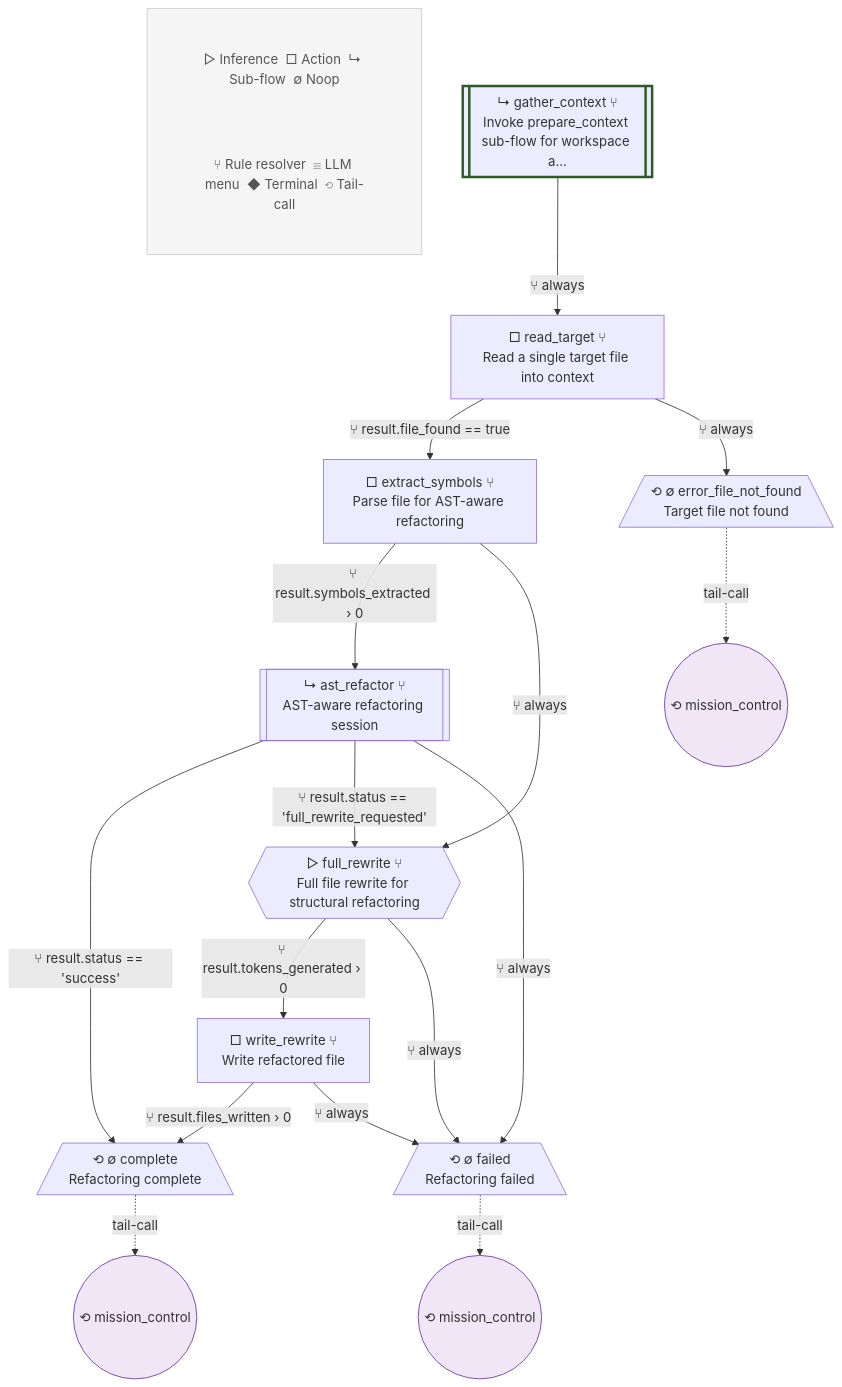
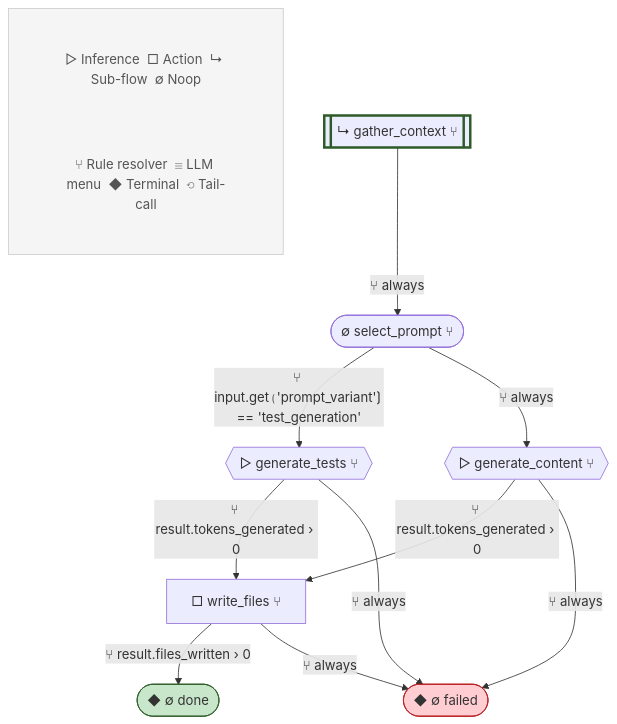
One commit to lah-rb/ouroboros changed diagram 12 of 20 in blueprint.md. Above: the diagram before and after it, drawn with Mermaid. The commit also changed other lines of this file and 207 other files, not shown here.

````diff
--- a/blueprint.md
+++ b/blueprint.md
@@ -907,47 +1008,35 @@
 ```mermaid
 flowchart TD
-    %% refactor v2
+    %% create v1
 
     subgraph Legend[" "]
         L1["▷ Inference  □ Action  ↳ Sub-flow  ∅ Noop"]
         L2["⑂ Rule resolver  ☰ LLM menu  ◆ Terminal  ⟲ Tail-call"]
     end
     style Legend fill:#f5f5f5,stroke:#ccc,stroke-width:1px
     style L1 fill:#f5f5f5,stroke:none,color:#555
     style L2 fill:#f5f5f5,stroke:none,color:#555
 
-    gather_context[["↳ gather_context ⑂\nInvoke prepare_context sub-flow for workspace a..."]]
-    read_target["□ read_target ⑂\nRead a single target file into context"]
-    extract_symbols["□ extract_symbols ⑂\nParse file for AST-aware refactoring"]
-    ast_refactor[["↳ ast_refactor ⑂\nAST-aware refactoring session"]]
-    full_rewrite{{"▷ full_rewrite ⑂\nFull file rewrite for structural refactoring"}}
-    write_rewrite["□ write_rewrite ⑂\nWrite refactored file"]
-    complete[/"⟲ ∅ complete\nRefactoring complete"\]
-    error_file_not_found[/"⟲ ∅ error_file_not_found\nTarget file not found"\]
-    failed[/"⟲ ∅ failed\nRefactoring failed"\]
+    gather_context[["↳ gather_context ⑂"]]
+    select_prompt(["∅ select_prompt ⑂"])
+    generate_content{{"▷ generate_content ⑂"}}
+    generate_tests{{"▷ generate_tests ⑂"}}
+    write_files["□ write_files ⑂"]
+    done(["◆ ∅ done"])
+    failed(["◆ ∅ failed"])
 
     style gather_context stroke-width:3px,stroke:#2d5a27
 
-    gather_context -->|⑂ always| read_target
-    read_target -->|⑂ result.file_found == true| extract_symbols
-    read_target -->|⑂ always| error_file_not_found
-    extract_symbols -->|⑂ result.symbols_extracted › 0| ast_refactor
-    extract_symbols -->|⑂ always| full_rewrite
-    ast_refactor -->|⑂ result.status == 'success'| complete
-    ast_refactor -->|⑂ result.status == 'full_rewrite_requested'| full_rewrite
-    ast_refactor -->|⑂ always| failed
-    full_rewrite -->|⑂ result.tokens_generated › 0| write_rewrite
-    full_rewrite -->|⑂ always| failed
-    write_rewrite -->|⑂ result.files_written › 0| complete
-    write_rewrite -->|⑂ always| failed
-    tc_complete(("⟲ mission_control"))
-    style tc_complete fill:#f0e6f6,stroke:#663399
-    complete -.->|tail-call| tc_complete
-    tc_error_file_not_found(("⟲ mission_control"))
-    style tc_error_file_not_found fill:#f0e6f6,stroke:#663399
-    error_file_not_found -.->|tail-call| tc_error_file_not_found
-    tc_failed(("⟲ mission_control"))
-    style tc_failed fill:#f0e6f6,stroke:#663399
-    failed -.->|tail-call| tc_failed
+    gather_context -->|⑂ always| select_prompt
+    select_prompt -->|⑂ input.get⟮'prompt_variant'⟯ == 'test_generation'| generate_tests
+    select_prompt -->|⑂ always| generate_content
+    generate_content -->|⑂ result.tokens_generated › 0| write_files
+    generate_content -->|⑂ always| failed
+    generate_tests -->|⑂ result.tokens_generated › 0| write_files
+    generate_tests -->|⑂ always| failed
+    write_files -->|⑂ result.files_written › 0| done
+    write_files -->|⑂ always| failed
 
+    style done fill:#c8e6c9,stroke:#2d5a27
+    style failed fill:#ffcdd2,stroke:#b71c1c
 ```
````
